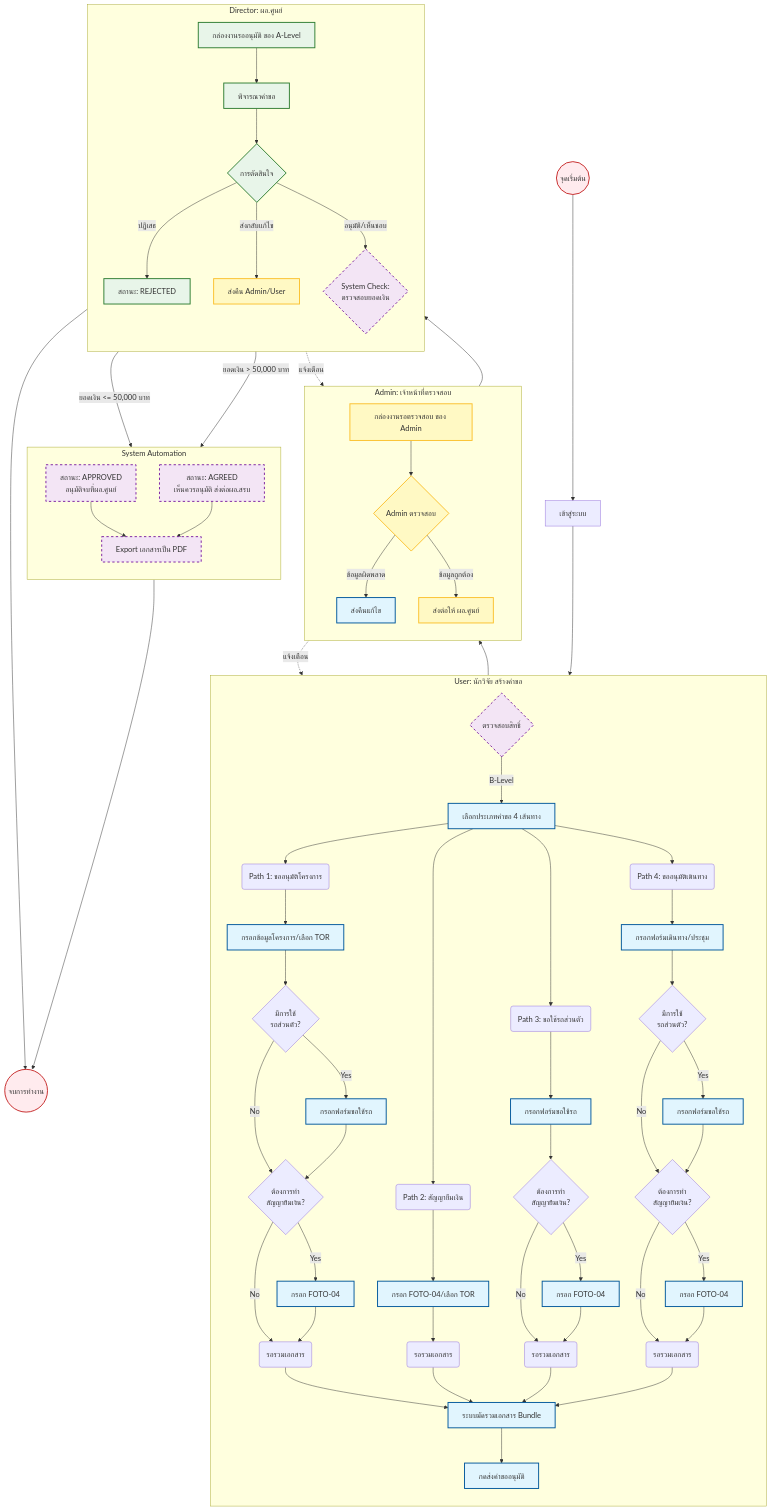
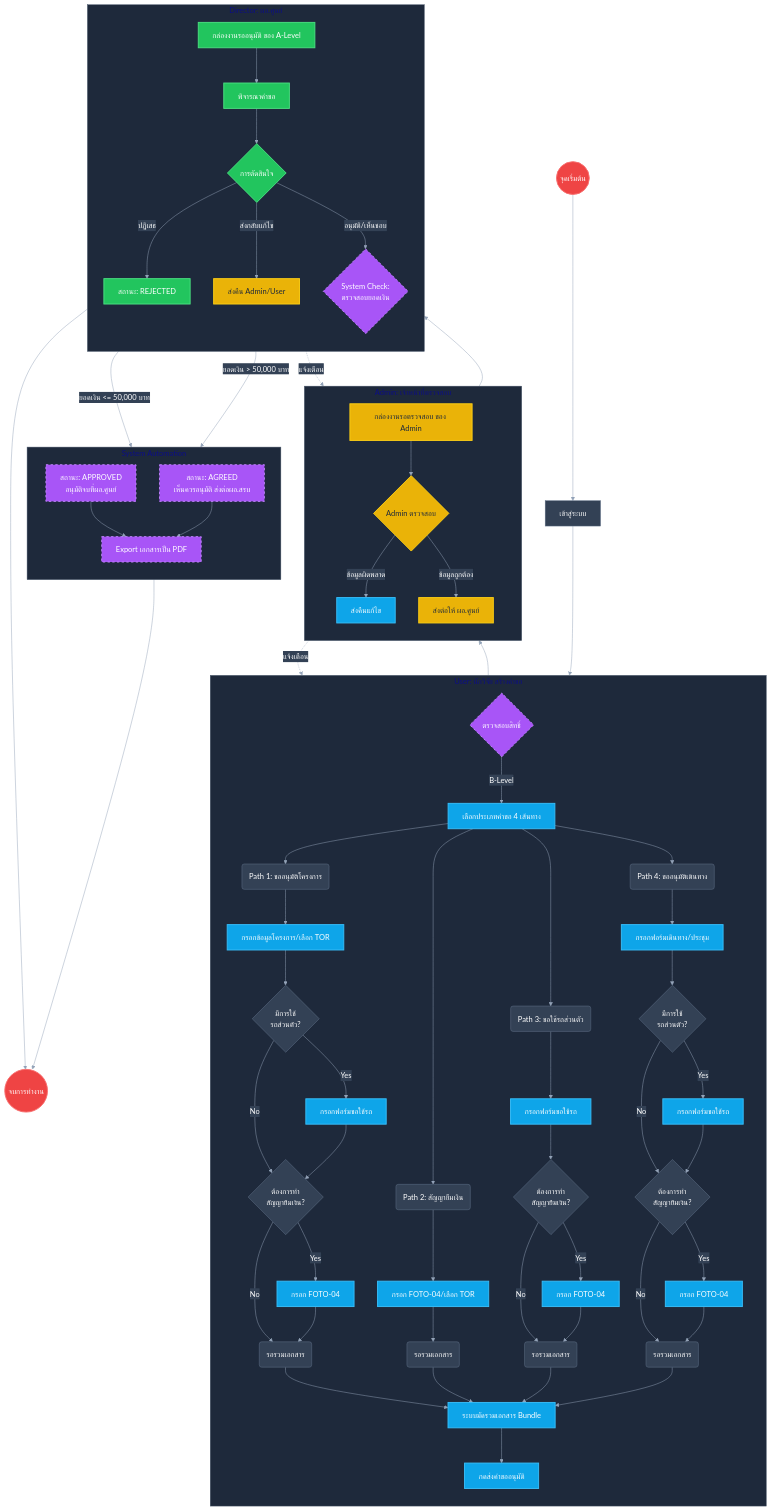
Before and after one commit to Burist106/RSCApproval: the fourth of 4 diagrams in docs/ER-Diagram.md, drawn with Mermaid. The commit also changed other lines of this file, not shown here.

Commit message:
feat: Enhance ER Diagram with Dark Mode support and improve styling for better visualization

````diff
--- a/docs/ER-Diagram.md
+++ b/docs/ER-Diagram.md
@@ -540,11 +545,12 @@
 ```mermaid
+%%{init: {'theme': 'base', 'themeVariables': { 'primaryColor': '#6366f1', 'primaryTextColor': '#ffffff', 'primaryBorderColor': '#818cf8', 'lineColor': '#94a3b8', 'background': '#1e293b', 'mainBkg': '#334155', 'textColor': '#f1f5f9', 'nodeBorder': '#64748b', 'clusterBkg': '#1e293b', 'clusterBorder': '#475569', 'edgeLabelBackground': '#334155', 'fontFamily': 'system-ui, -apple-system, sans-serif' }}}%%
 flowchart TD
-    %% Define Styles
-    classDef user fill:#e1f5fe,stroke:#01579b,stroke-width:2px;
-    classDef admin fill:#fff9c4,stroke:#fbc02d,stroke-width:2px;
-    classDef director fill:#e8f5e9,stroke:#2e7d32,stroke-width:2px;
-    classDef system fill:#f3e5f5,stroke:#7b1fa2,stroke-width:2px,stroke-dasharray: 5 5;
-    classDef endNode fill:#ffebee,stroke:#c62828,stroke-width:2px;
+    %% Define Styles (Dark Mode Compatible - High Contrast)
+    classDef user fill:#0ea5e9,stroke:#38bdf8,stroke-width:2px,color:#ffffff;
+    classDef admin fill:#eab308,stroke:#facc15,stroke-width:2px,color:#1e293b;
+    classDef director fill:#22c55e,stroke:#4ade80,stroke-width:2px,color:#ffffff;
+    classDef system fill:#a855f7,stroke:#c084fc,stroke-width:2px,stroke-dasharray: 5 5,color:#ffffff;
+    classDef endNode fill:#ef4444,stroke:#f87171,stroke-width:2px,color:#ffffff;
 
     %% Start Process
     Start((จุดเริ่มต้น)) --> Login[เข้าสู่ระบบ]
````
